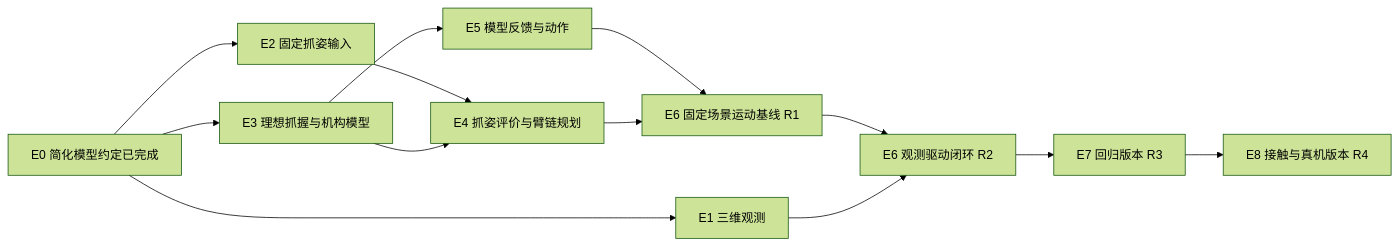
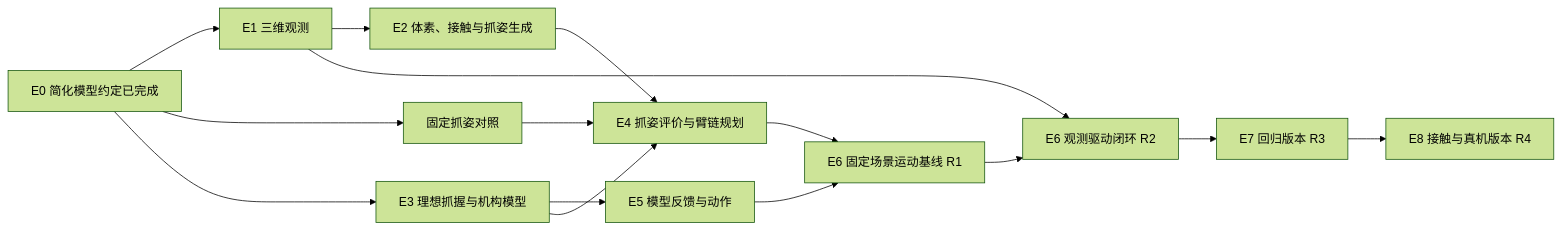
The diagram in doc/assembly_contract.md (Ace-XiaoChuan/i10_rh56_refueling), drawn with Mermaid (forest theme) before and after one commit. The commit also changed other lines of this file and 216 other files, not shown here.

````diff
--- a/doc/assembly_contract.md
+++ b/doc/assembly_contract.md
@@ -179,15 +203,17 @@
 ```mermaid
 flowchart LR
     E0[E0 简化模型约定已完成] --> E1[E1 三维观测]
-    E0 --> E2[E2 固定抓姿输入]
+    E1 --> E2[E2 体素、接触与抓姿生成]
+    E0 --> FIXED[固定抓姿对照]
     E0 --> E3[E3 理想抓握与机构模型]
     E3 --> E5[E5 模型反馈与动作]
     E2 --> E4[E4 抓姿评价与臂链规划]
+    FIXED --> E4
     E3 --> E4
     E5 --> BASE[E6 固定场景运动基线 R1]
     E4 --> BASE
     BASE --> AUTO[E6 观测驱动闭环 R2]
     E1 --> AUTO
     AUTO --> E7[E7 回归版本 R3]
     E7 --> E8[E8 接触与真机版本 R4]
 ```
````
